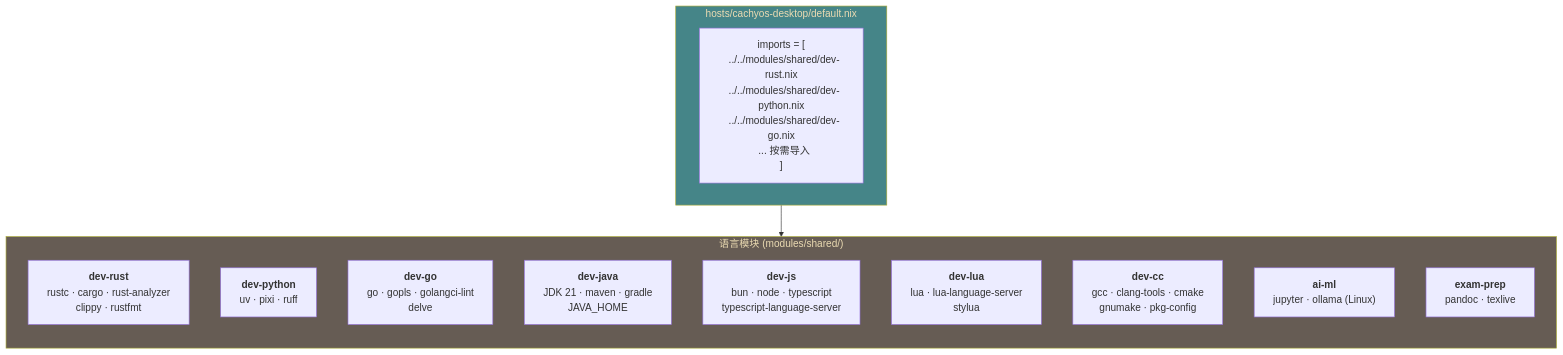
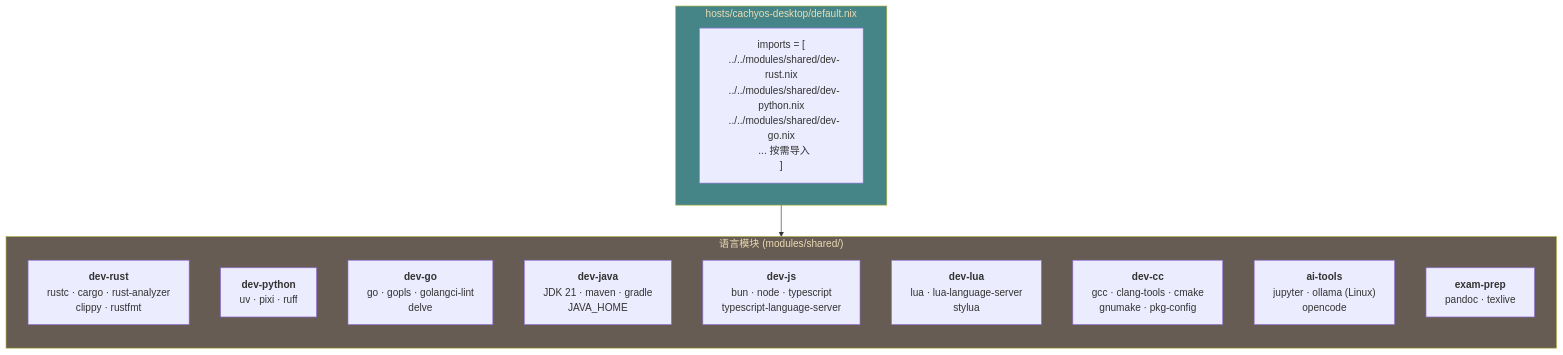
One commit to viryoke/dotfiles changed the fourth of 8 diagrams in README.md. Above: the diagram before and after it, drawn with Mermaid. The commit also changed other lines of this file and 30 other files, not shown here.

````diff
--- a/README.md
+++ b/README.md
@@ -536,25 +540,25 @@
 ```mermaid
 graph TB
     subgraph host["hosts/cachyos-desktop/default.nix"]
         direction LR
         I["imports = [<br/>  ../../modules/shared/dev-rust.nix<br/>  ../../modules/shared/dev-python.nix<br/>  ../../modules/shared/dev-go.nix<br/>  ... 按需导入<br/>]"]
     end
 
     subgraph dev_modules["语言模块 (modules/shared/)"]
         direction TB
         R["<b>dev-rust</b><br/>rustc · cargo · rust-analyzer<br/>clippy · rustfmt"]
         P["<b>dev-python</b><br/>uv · pixi · ruff"]
         G["<b>dev-go</b><br/>go · gopls · golangci-lint<br/>delve"]
         J["<b>dev-java</b><br/>JDK 21 · maven · gradle<br/>JAVA_HOME"]
         S["<b>dev-js</b><br/>bun · node · typescript<br/>typescript-language-server"]
         L["<b>dev-lua</b><br/>lua · lua-language-server<br/>stylua"]
         C["<b>dev-cc</b><br/>gcc · clang-tools · cmake<br/>gnumake · pkg-config"]
-        A["<b>ai-ml</b><br/>jupyter · ollama (Linux)"]
+        A["<b>ai-tools</b><br/>jupyter · ollama (Linux)<br/>opencode"]
         E["<b>exam-prep</b><br/>pandoc · texlive"]
     end
 
     I --> dev_modules
 
     style host fill:#458588,color:#ebdbb2
     style dev_modules fill:#665c54,color:#ebdbb2
 ```
````
